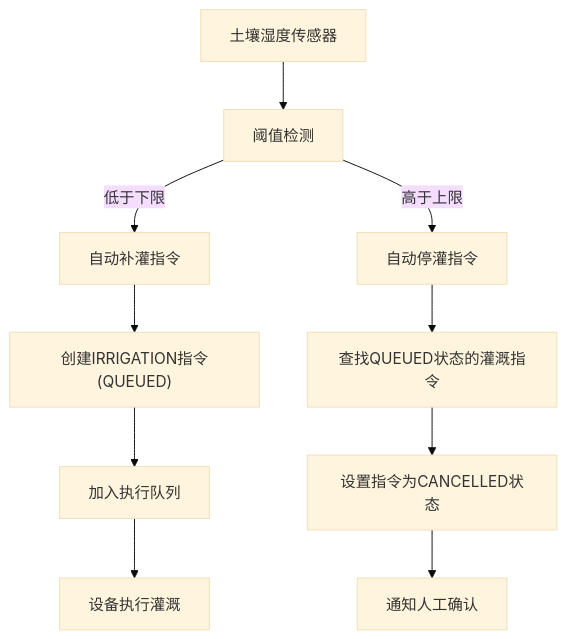
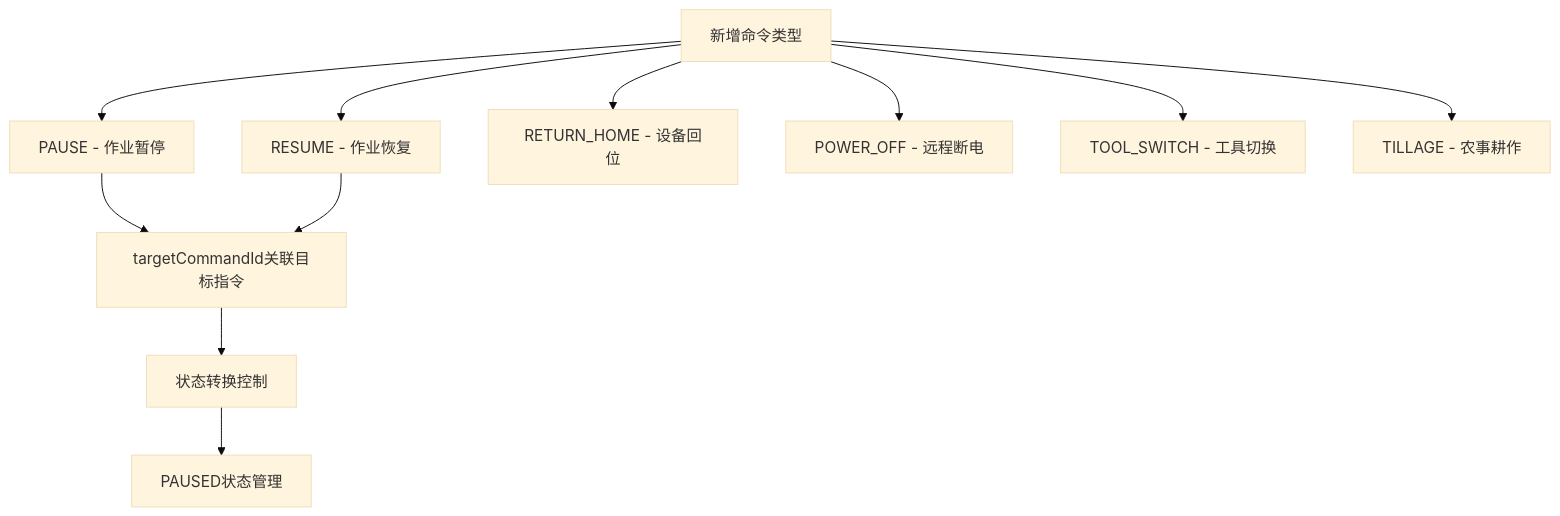
Before and after one commit to q446328246/agri-platform: the third of 39 diagrams in .qoder/repowiki/zh/content/核心服务文档/其他业务服务.md, drawn with Mermaid (base theme). The commit also changed other lines of this file and 46 other files, not shown here.

````diff
--- a/.qoder/repowiki/zh/content/核心服务文档/其他业务服务.md
+++ b/.qoder/repowiki/zh/content/核心服务文档/其他业务服务.md
@@ -286,12 +299,13 @@
 ```mermaid
 flowchart TD
-SENSOR["土壤湿度传感器"] --> THRESHOLD["阈值检测"]
-THRESHOLD --> |低于下限| AUTO_IRR["自动补灌指令"]
-THRESHOLD --> |高于上限| STOP_IRR["自动停灌指令"]
-AUTO_IRR --> CREATE_CMD["创建IRRIGATION指令(QUEUED)"]
-STOP_IRR --> FIND_QUEUED["查找QUEUED状态的灌溉指令"]
-CREATE_CMD --> QUEUE["加入执行队列"]
-FIND_QUEUED --> CANCEL_CMD["设置指令为CANCELLED状态"]
-QUEUE --> EXECUTE["设备执行灌溉"]
-CANCEL_CMD --> NOTIF["通知人工确认"]
+NEW_TYPES["新增命令类型"] --> PAUSE["PAUSE - 作业暂停"]
+NEW_TYPES --> RESUME["RESUME - 作业恢复"]
+NEW_TYPES --> RETURN_HOME["RETURN_HOME - 设备回位"]
+NEW_TYPES --> POWER_OFF["POWER_OFF - 远程断电"]
+NEW_TYPES --> TOOL_SWITCH["TOOL_SWITCH - 工具切换"]
+NEW_TYPES --> TILLAGE["TILLAGE - 农事耕作"]
+PAUSE --> TARGET_CMD["targetCommandId关联目标指令"]
+RESUME --> TARGET_CMD
+TARGET_CMD --> STATE_TRANSITION["状态转换控制"]
+STATE_TRANSITION --> PAUSED_STATE["PAUSED状态管理"]
 ```
````
